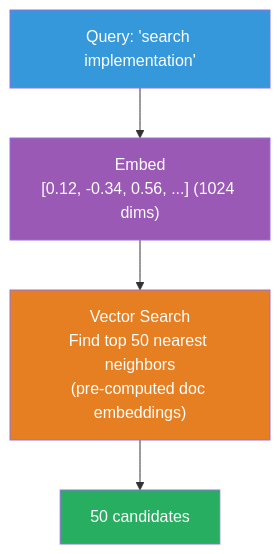
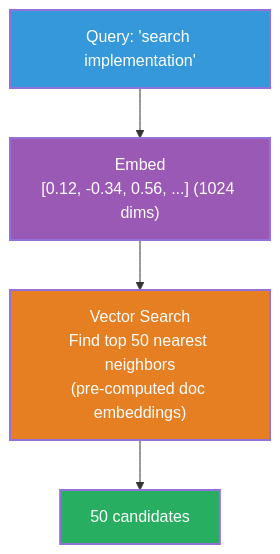
Before and after one commit to sampi02/amanmcp: the third of 6 diagrams in docs/concepts/two-stage-retrieval.md, drawn with Mermaid. The commit also changed other lines of this file and 59 other files, not shown here.

````diff
--- a/docs/concepts/two-stage-retrieval.md
+++ b/docs/concepts/two-stage-retrieval.md
@@ -72,15 +76,19 @@
 ```mermaid
 flowchart TB
     Query["Query: 'search implementation'"]
 
     Embed["Embed<br/>[0.12, -0.34, 0.56, ...] (1024 dims)"]
     VectorSearch["Vector Search<br/>Find top 50 nearest neighbors<br/>(pre-computed doc embeddings)"]
     Candidates["50 candidates"]
 
     Query --> Embed --> VectorSearch --> Candidates
 
-    style Query fill:#3498db,color:#fff
-    style Embed fill:#9b59b6,color:#fff
-    style VectorSearch fill:#e67e22,color:#fff
-    style Candidates fill:#27ae60,color:#fff
+    style Query fill:#3498db,stroke-width:2px
+    style Embed fill:#9b59b6,stroke-width:2px
+    style VectorSearch fill:#e67e22,stroke-width:2px
+    style Candidates fill:#27ae60,stroke-width:2px
+    style Query color:#FFFFFF
+    style Embed color:#FFFFFF
+    style VectorSearch color:#FFFFFF
+    style Candidates color:#FFFFFF
 ```
````
